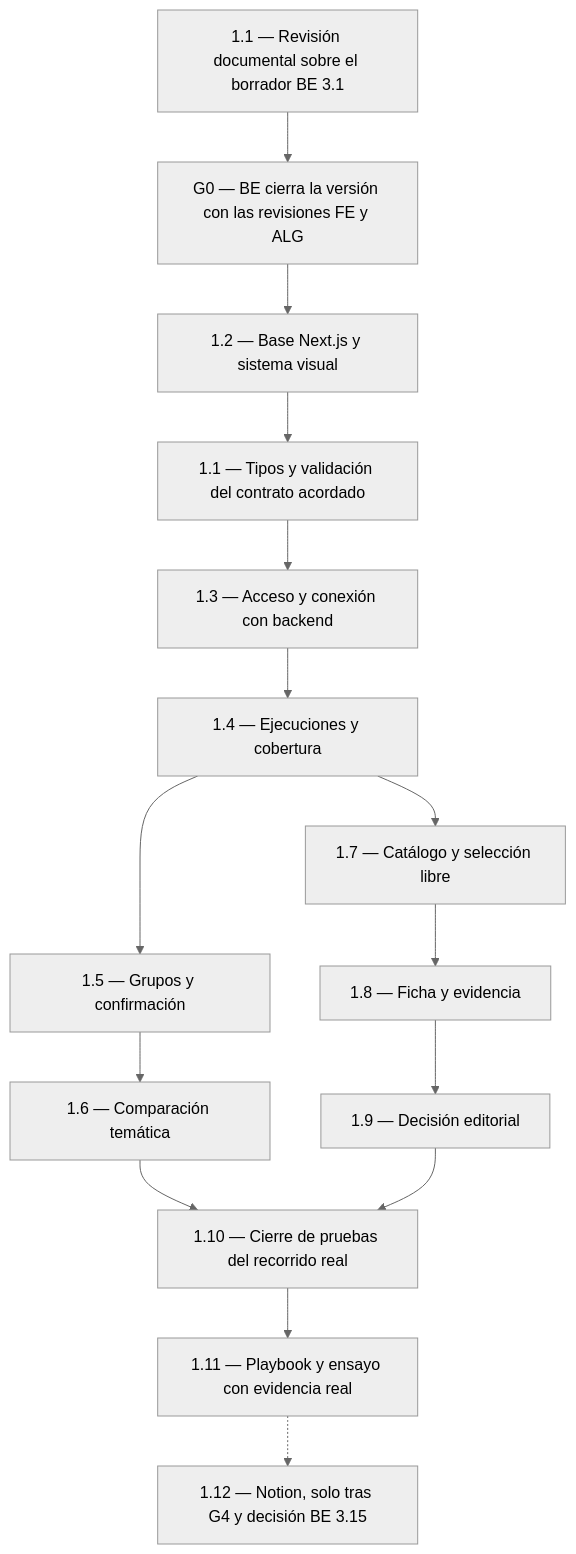
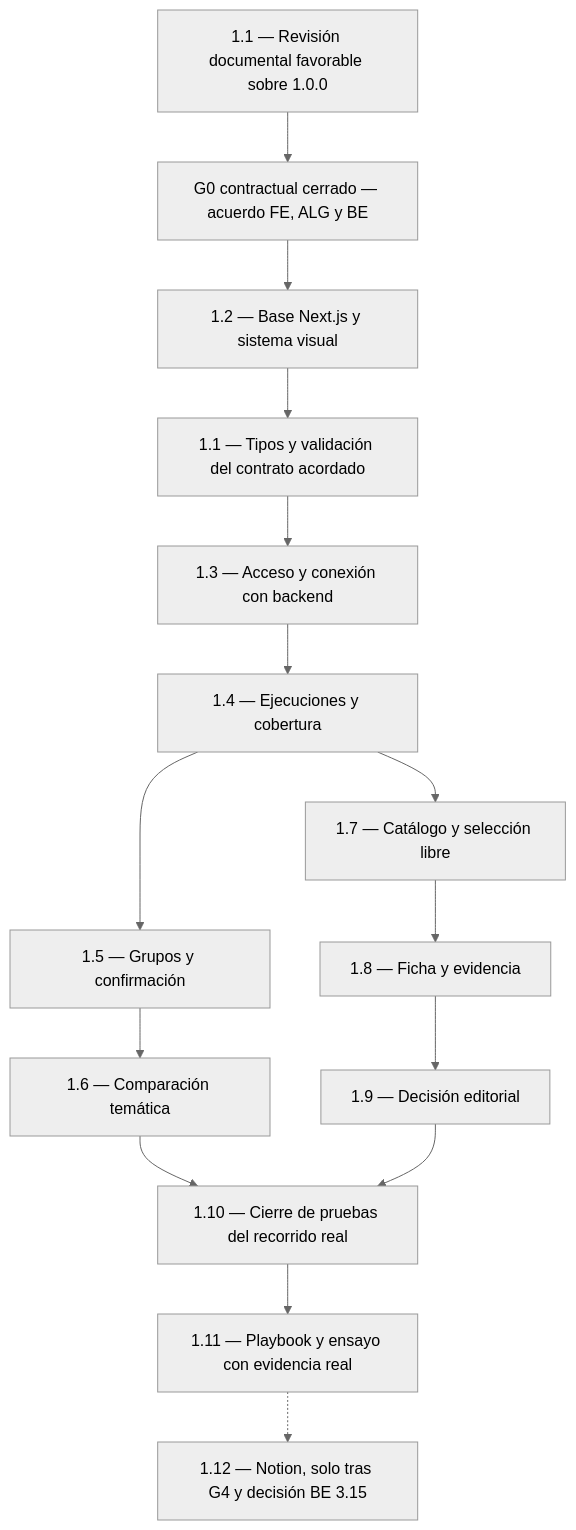
The diagram in docs/PLAN_FRONTEND.md (JessicaB888/senialon-), drawn with Mermaid (neutral theme) before and after one commit. The commit also changed other lines of this file and 16 other files, not shown here.

````diff
--- a/docs/PLAN_FRONTEND.md
+++ b/docs/PLAN_FRONTEND.md
@@ -67,32 +69,32 @@
 ```mermaid
 flowchart TD
-    review["1.1 — Revisión documental sobre el borrador BE 3.1"]
-    contract["G0 — BE cierra la versión con las revisiones FE y ALG"]
+    review["1.1 — Revisión documental favorable sobre 1.0.0"]
+    contract["G0 contractual cerrado — acuerdo FE, ALG y BE"]
     base["1.2 — Base Next.js y sistema visual"]
     types["1.1 — Tipos y validación del contrato acordado"]
     access["1.3 — Acceso y conexión con backend"]
     runs["1.4 — Ejecuciones y cobertura"]
     groups["1.5 — Grupos y confirmación"]
     signals["1.6 — Comparación temática"]
     catalog["1.7 — Catálogo y selección libre"]
     evidence["1.8 — Ficha y evidencia"]
     decision["1.9 — Decisión editorial"]
     qa["1.10 — Cierre de pruebas del recorrido real"]
     demo["1.11 — Playbook y ensayo con evidencia real"]
     notion["1.12 — Notion, solo tras G4 y decisión BE 3.15"]
 
     review --> contract
     contract --> base
     base --> types
     types --> access
     access --> runs
     runs --> groups
     groups --> signals
     runs --> catalog
     catalog --> evidence
     evidence --> decision
     signals --> qa
     decision --> qa
     qa --> demo
     demo -.-> notion
 ```
````
